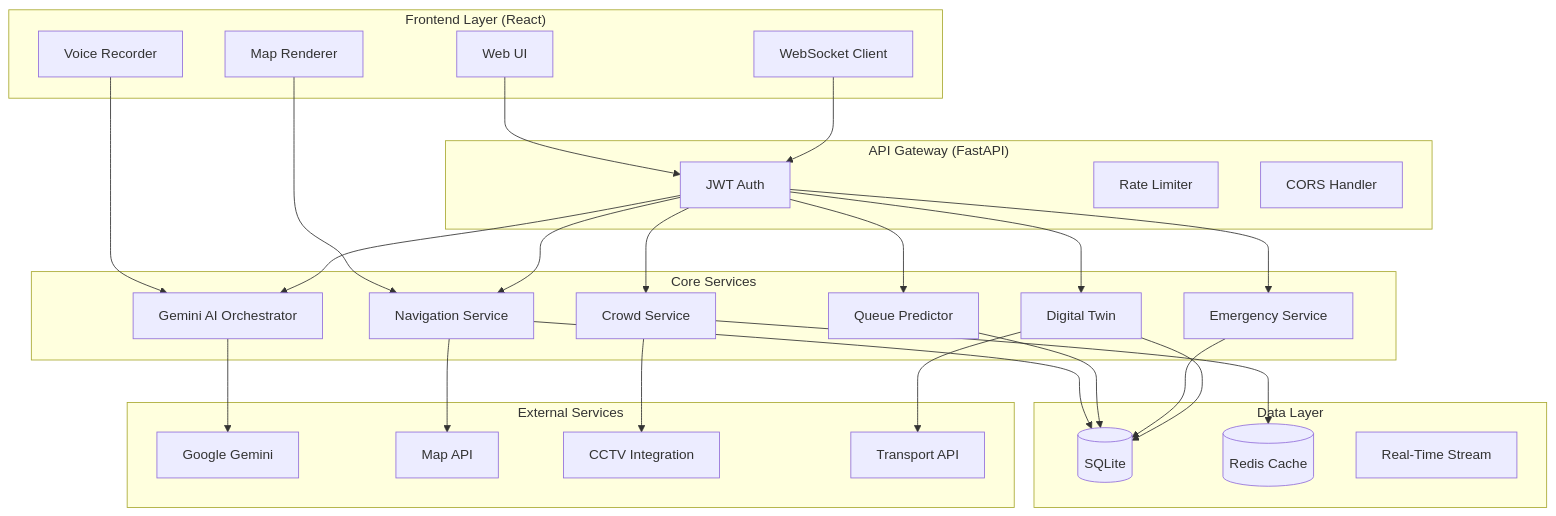
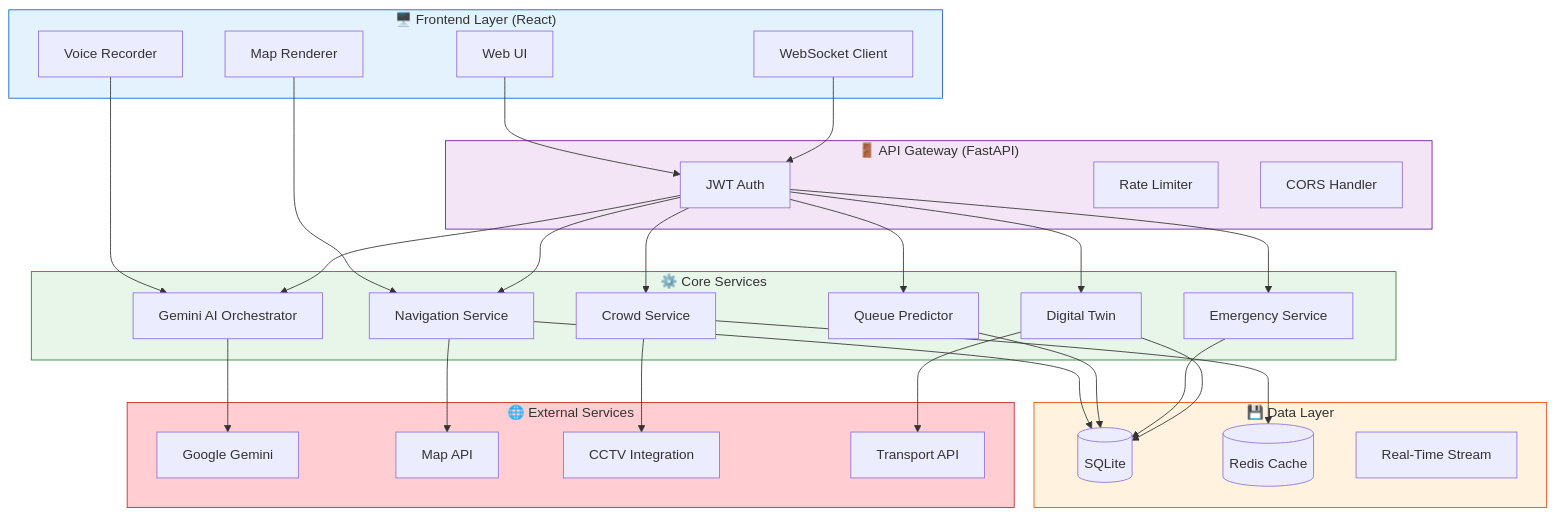
Before and after one commit to Riya-davra04/StadiumGPT-AI-Stadium-Assistant: diagram 16 of 22 in README.md, drawn with Mermaid. The commit also changed other lines of this file, not shown here.

````diff
--- a/README.md
+++ b/README.md
@@ -377,60 +471,66 @@
 ```mermaid
 flowchart TB
-    subgraph Frontend["Frontend Layer (React)"]
+    subgraph Frontend["🖥️ Frontend Layer (React)"]
         UI[Web UI]
         WS[WebSocket Client]
         Voice[Voice Recorder]
         Maps[Map Renderer]
     end
 
-    subgraph Gateway["API Gateway (FastAPI)"]
+    subgraph Gateway["🚪 API Gateway (FastAPI)"]
         Auth[JWT Auth]
         RL[Rate Limiter]
         CORS[CORS Handler]
     end
 
-    subgraph Services["Core Services"]
+    subgraph Services["⚙️ Core Services"]
         Nav[Navigation Service]
         Crowd[Crowd Service]
         Queue[Queue Predictor]
         Emerg[Emergency Service]
         Twin[Digital Twin]
         AI[Gemini AI Orchestrator]
     end
 
-    subgraph Data["Data Layer"]
+    subgraph Data["💾 Data Layer"]
         SQL[(SQLite)]
         Cache[(Redis Cache)]
         Stream[Real-Time Stream]
     end
 
-    subgraph External["External Services"]
+    subgraph External["🌐 External Services"]
         Gemini[Google Gemini]
         MapsAPI[Map API]
         CCTV[CCTV Integration]
         Transit[Transport API]
     end
 
     UI --> Auth
     WS --> Auth
     Voice --> AI
     Maps --> Nav
 
     Auth --> Nav
     Auth --> Crowd
     Auth --> Queue
     Auth --> Emerg
     Auth --> Twin
     Auth --> AI
 
     Nav --> SQL
     Crowd --> Cache
     Queue --> SQL
     Emerg --> SQL
     Twin --> SQL
     AI --> Gemini
 
     Crowd --> CCTV
     Nav --> MapsAPI
     Twin --> Transit
+    
+    style Frontend fill:#e3f2fd,stroke:#1565c0
+    style Gateway fill:#f3e5f5,stroke:#6a1b9a
+    style Services fill:#e8f5e9,stroke:#2e7d32
+    style Data fill:#fff3e0,stroke:#e65100
+    style External fill:#ffcdd2,stroke:#c62828
 ```
````
